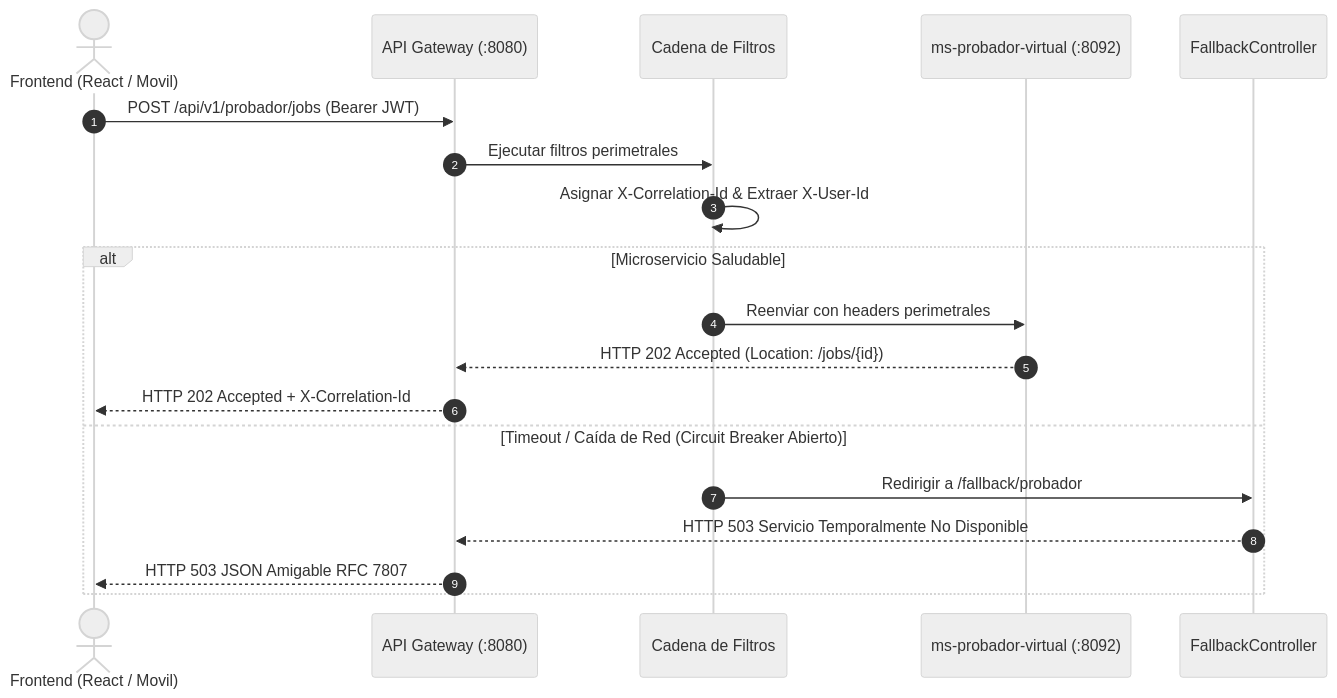
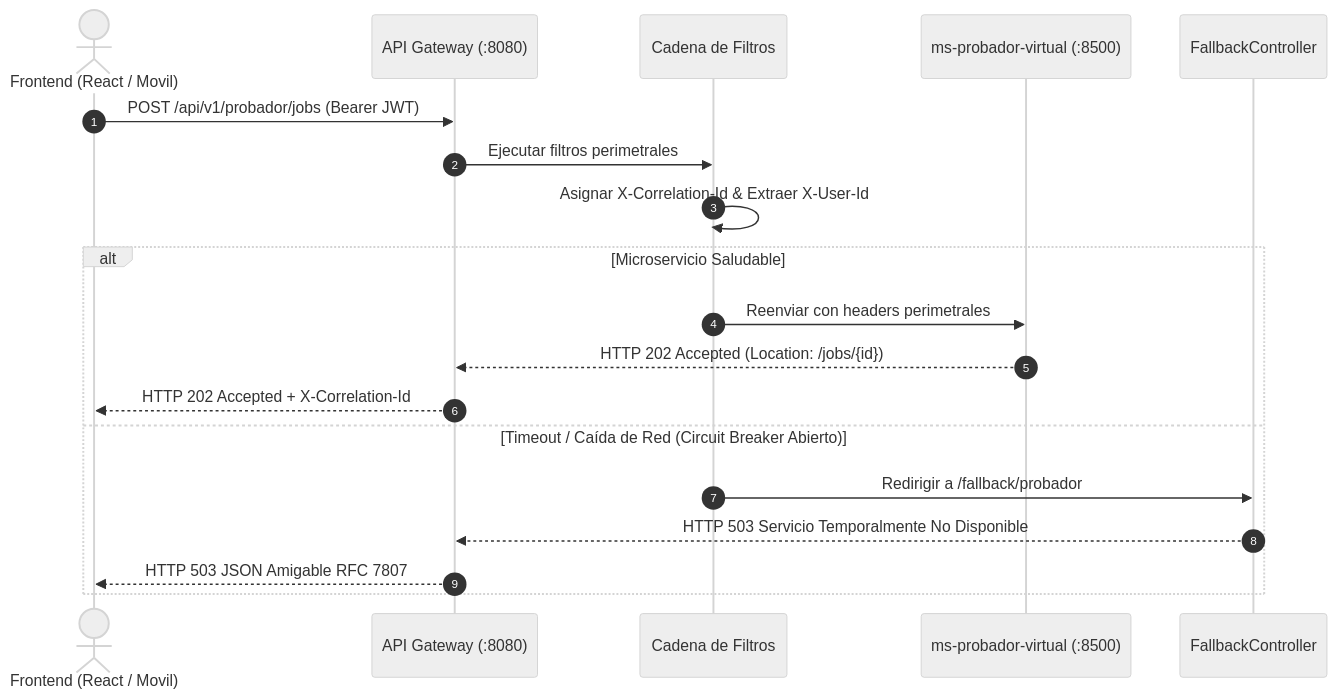
The second of 3 diagrams in README.md (StyleRadar1/PT8080-ApiGateway-Service), drawn with Mermaid (neutral theme) before and after one commit. The commit also changed other lines of this file and 10 other files, not shown here.

````diff
--- a/README.md
+++ b/README.md
@@ -158,23 +158,23 @@
 ```mermaid
 sequenceDiagram
     autonumber
     actor Cliente as Frontend (React / Movil)
     participant GW as API Gateway (:8080)
     participant Filter as Cadena de Filtros
-    participant TryOn as ms-probador-virtual (:8092)
+    participant TryOn as ms-probador-virtual (:8500)
     participant Fallback as FallbackController
 
     Cliente->>GW: POST /api/v1/probador/jobs (Bearer JWT)
     GW->>Filter: Ejecutar filtros perimetrales
     Filter->>Filter: Asignar X-Correlation-Id & Extraer X-User-Id
     
     alt Microservicio Saludable
         Filter->>TryOn: Reenviar con headers perimetrales
         TryOn-->>GW: HTTP 202 Accepted (Location: /jobs/{id})
         GW-->>Cliente: HTTP 202 Accepted + X-Correlation-Id
     else Timeout / Caída de Red (Circuit Breaker Abierto)
         Filter->>Fallback: Redirigir a /fallback/probador
         Fallback-->>GW: HTTP 503 Servicio Temporalmente No Disponible
         GW-->>Cliente: HTTP 503 JSON Amigable RFC 7807
     end
 ```
````
